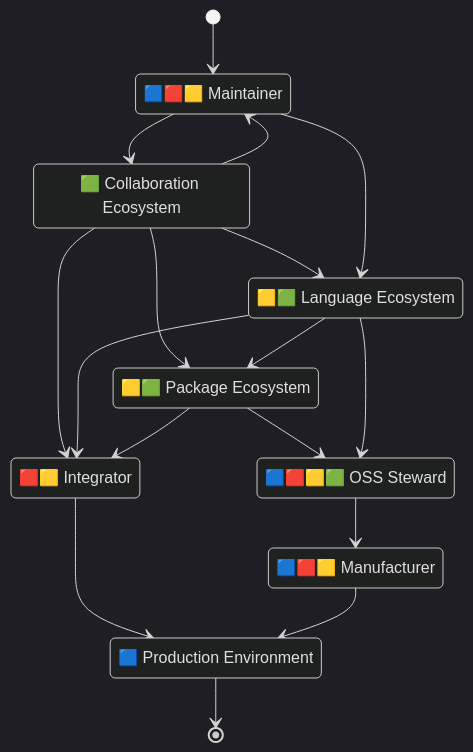
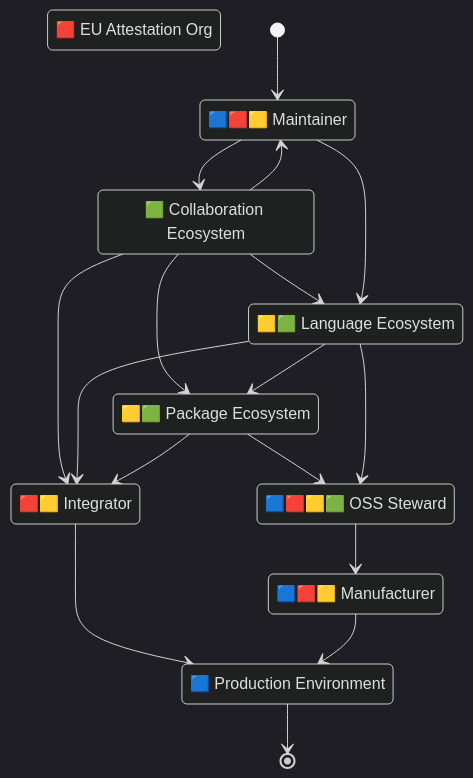
The first of 2 diagrams in docs/eu-cra-summary.md (CPAN-Security/security.metacpan.org), drawn with Mermaid (dark theme) before and after one commit. The commit also changed other lines of this file, not shown here.

````diff
--- a/docs/eu-cra-summary.md
+++ b/docs/eu-cra-summary.md
@@ -30,32 +41,33 @@
 ```mermaid
 stateDiagram-v2
     direction TB
 
     state "🟦🟥🟨 Maintainer" as environment_maintainer
     state "🟩 Collaboration Ecosystem" as ecosystem_repo
     state "🟨🟩 Language Ecosystem" as ecosystem_lang
     state "🟨🟩 Package Ecosystem" as ecosystem_package
+    state "🟥 EU Attestation Org" as ecosystem_attester
     state "🟦🟥🟨🟩 OSS Steward" as ecosystem_steward
     state "🟥🟨 Integrator" as environment_integrator
     state "🟦🟥🟨 Manufacturer" as environment_manufacturer
     state "🟦 Production Environment" as environment_prod
 
 
     [*] --> environment_maintainer
     ecosystem_repo         --> ecosystem_lang
     environment_maintainer --> ecosystem_lang
     environment_maintainer --> ecosystem_repo
     ecosystem_repo --> environment_maintainer
     ecosystem_repo --> ecosystem_package
     ecosystem_lang --> ecosystem_package
     ecosystem_package --> ecosystem_steward
     ecosystem_lang --> ecosystem_steward
     ecosystem_repo --> environment_integrator
     ecosystem_lang --> environment_integrator
     ecosystem_package --> environment_integrator
     ecosystem_steward --> environment_manufacturer
     environment_integrator --> environment_prod
     environment_manufacturer --> environment_prod
     environment_prod --> [*]
 
 ```
````
